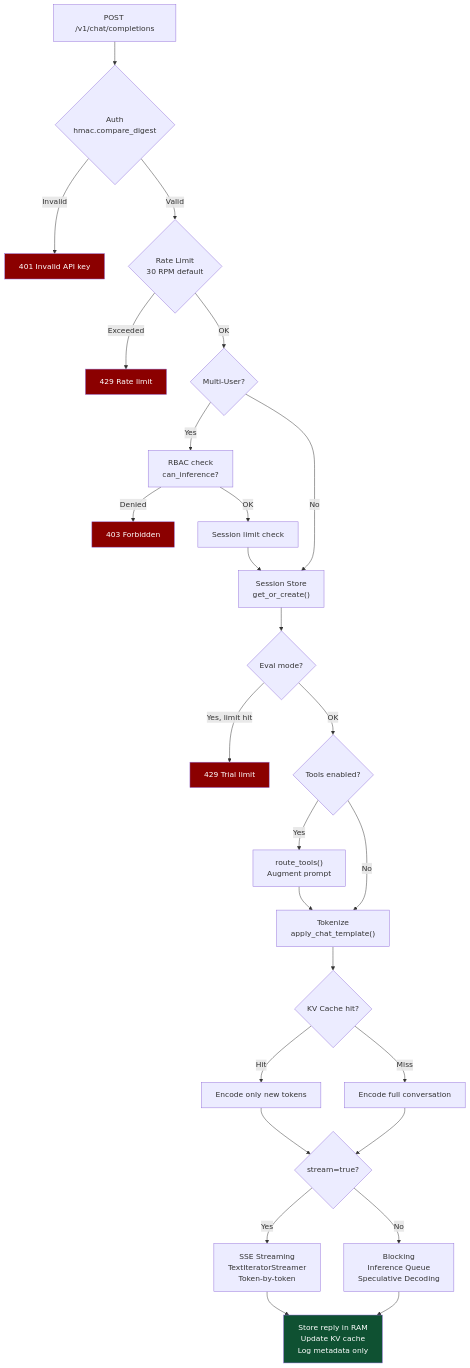
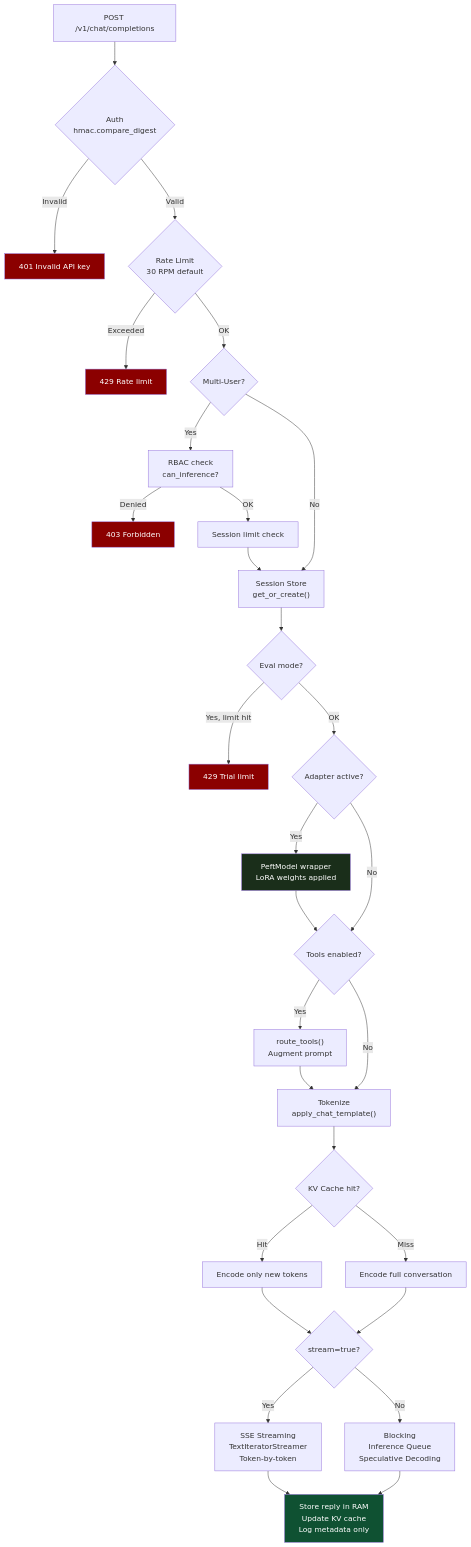
Before and after one commit to blablablasealsaresoft/kwyre-ai: the fourth of 4 diagrams in README.md, drawn with Mermaid. The commit also changed other lines of this file and 21 other files, not shown here.

````diff
--- a/README.md
+++ b/README.md
@@ -824,42 +733,47 @@
 ```mermaid
 flowchart TD
     REQ["POST /v1/chat/completions"] --> AUTH{"Auth<br/>hmac.compare_digest"}
     AUTH -->|Invalid| ERR401["401 Invalid API key"]
     AUTH -->|Valid| RATE{"Rate Limit<br/>30 RPM default"}
     RATE -->|Exceeded| ERR429["429 Rate limit"]
     RATE -->|OK| MU{"Multi-User?"}
 
     MU -->|Yes| RBAC["RBAC check<br/>can_inference?"]
     MU -->|No| SESSION
 
     RBAC -->|Denied| ERR403["403 Forbidden"]
     RBAC -->|OK| MULIMIT["Session limit check"]
     MULIMIT --> SESSION
 
     SESSION["Session Store<br/>get_or_create()"] --> TRIAL{"Eval mode?"}
     TRIAL -->|Yes, limit hit| ERR429T["429 Trial limit"]
-    TRIAL -->|OK| TOOLS{"Tools enabled?"}
+    TRIAL -->|OK| ADAPTER{"Adapter active?"}
 
-    TOOLS -->|Yes| ROUTE["route_tools()<br/>Augment prompt"]
+    ADAPTER -->|Yes| PEFT["PeftModel wrapper<br/>LoRA weights applied"]
+    ADAPTER -->|No| TOOLS
+    PEFT --> TOOLS
+
+    TOOLS{"Tools enabled?"} -->|Yes| ROUTE["route_tools()<br/>Augment prompt"]
     TOOLS -->|No| TOKENIZE
     ROUTE --> TOKENIZE
 
     TOKENIZE["Tokenize<br/>apply_chat_template()"] --> KVCACHE{"KV Cache hit?"}
     KVCACHE -->|Hit| PARTIAL["Encode only new tokens"]
     KVCACHE -->|Miss| FULL["Encode full conversation"]
 
     PARTIAL --> STREAM{"stream=true?"}
     FULL --> STREAM
 
     STREAM -->|Yes| SSE["SSE Streaming<br/>TextIteratorStreamer<br/>Token-by-token"]
     STREAM -->|No| BLOCK["Blocking<br/>Inference Queue<br/>Speculative Decoding"]
 
     SSE --> DONE["Store reply in RAM<br/>Update KV cache<br/>Log metadata only"]
     BLOCK --> DONE
 
     style ERR401 fill:#8b0000,color:#fff
     style ERR429 fill:#8b0000,color:#fff
     style ERR429T fill:#8b0000,color:#fff
     style ERR403 fill:#8b0000,color:#fff
     style DONE fill:#0f5132,color:#fff
+    style PEFT fill:#1a2e1a,color:#fff
 ```
````
